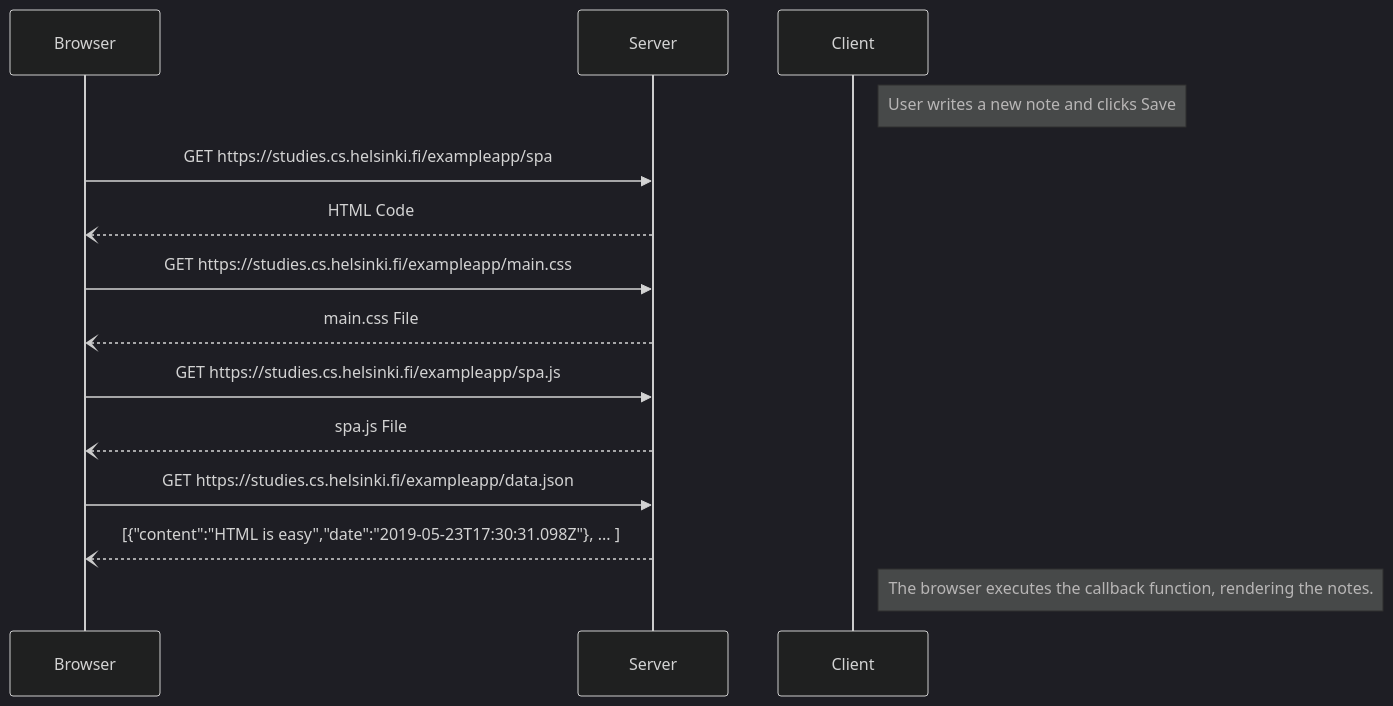
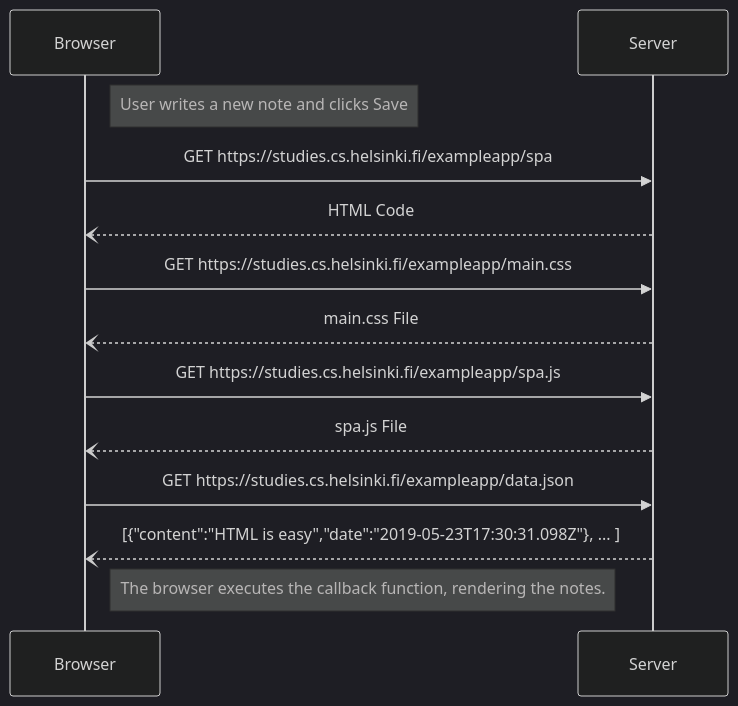
Before and after one commit to BeVocalist/Full-Stack-Web-Development: the diagram in part0/q5.md, drawn with Mermaid (dark theme).

````diff
--- a/part0/q5.md
+++ b/part0/q5.md
@@ -1,16 +1,16 @@
 ```mermaid
 sequenceDiagram
   participant Browser
   participant Server
-  Note right of Client: User writes a new note and clicks Save
+  Note right of Browser: User writes a new note and clicks Save
 
   Browser->>Server: GET https://studies.cs.helsinki.fi/exampleapp/spa
   Server--)Browser: HTML Code
   Browser->>Server: GET https://studies.cs.helsinki.fi/exampleapp/main.css
   Server--)Browser: main.css File
   Browser->>Server: GET https://studies.cs.helsinki.fi/exampleapp/spa.js
   Server--)Browser: spa.js File
   Browser->>Server: GET https://studies.cs.helsinki.fi/exampleapp/data.json
   Server--)Browser: [{"content":"HTML is easy","date":"2019-05-23T17:30:31.098Z"}, ... ]
-  Note right of Client: The browser executes the callback function, rendering the notes.
+  Note right of Browser: The browser executes the callback function, rendering the notes.
 ```
````
